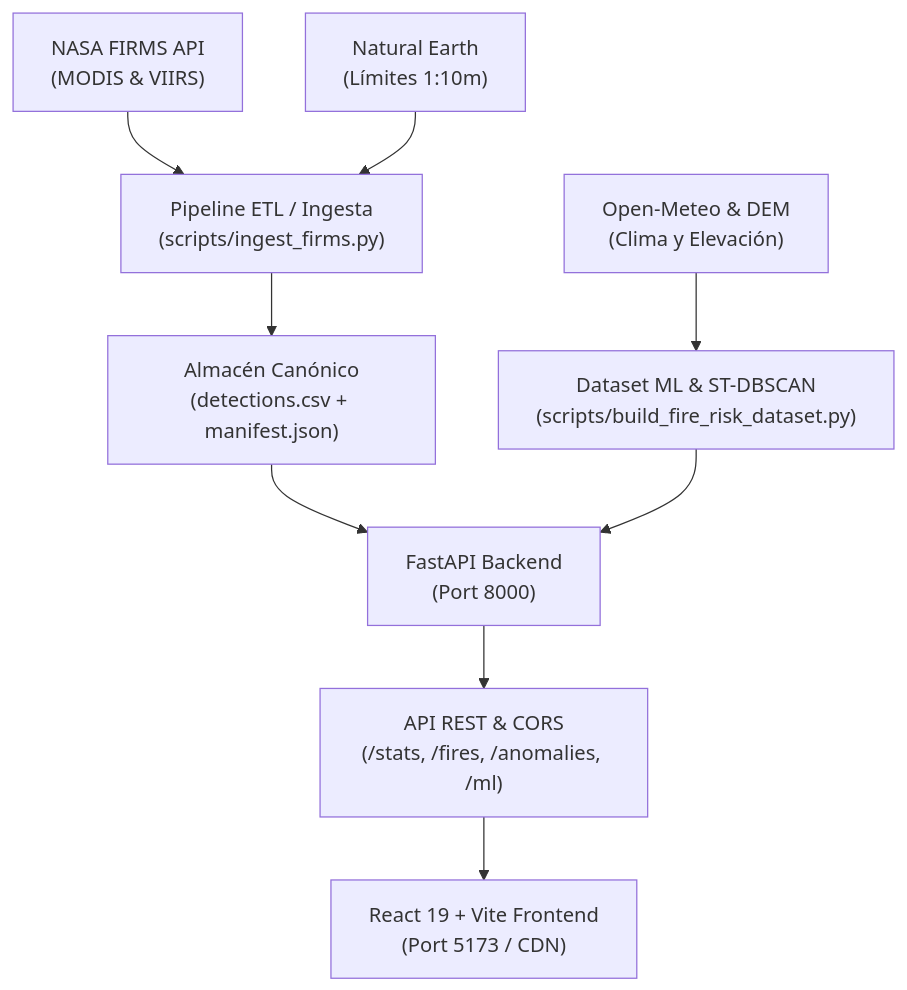
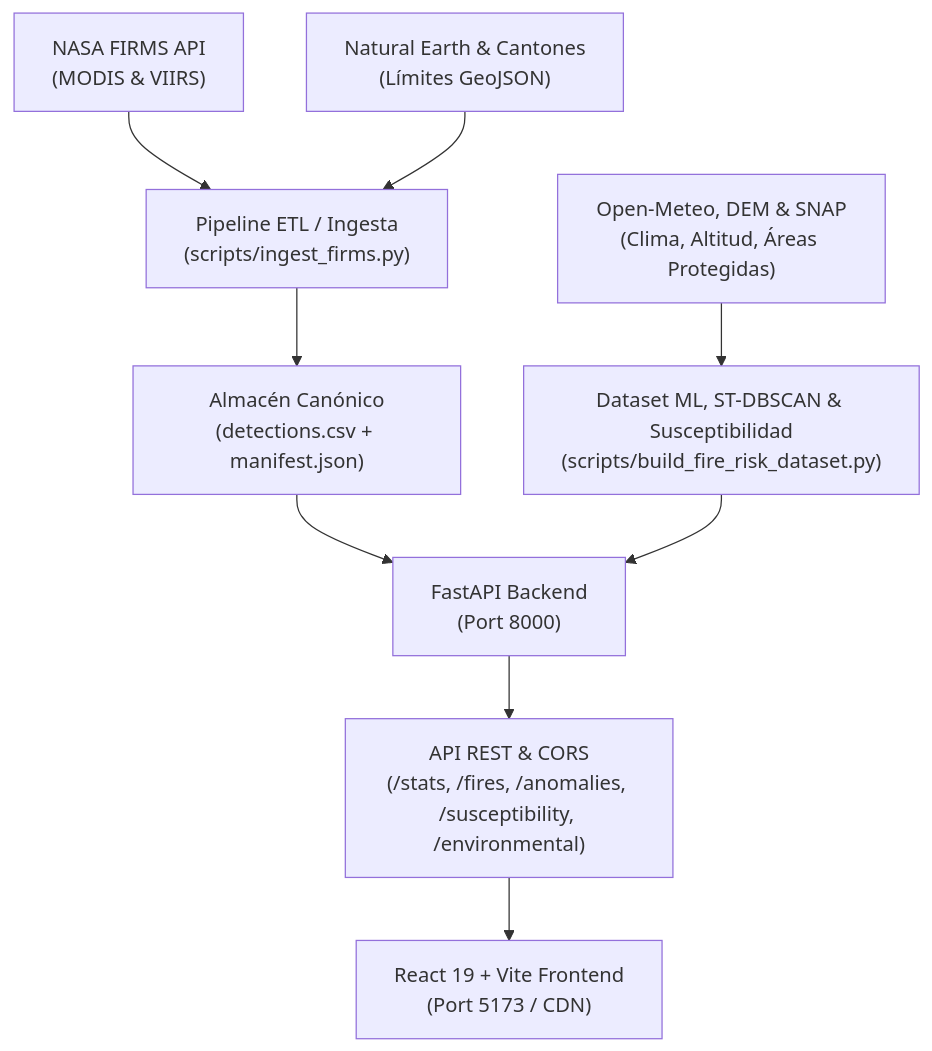
The diagram in README.md (Jdquimbiulco/FuegoClaro), drawn with Mermaid before and after one commit. The commit also changed other lines of this file, not shown here.

Commit message:
docs: update features with cantonal filtering, environmental alerts and release badge

````diff
--- a/README.md
+++ b/README.md
@@ -82,11 +85,11 @@
 ```mermaid
 flowchart TD
     A["NASA FIRMS API\n(MODIS & VIIRS)"] --> B["Pipeline ETL / Ingesta\n(scripts/ingest_firms.py)"]
-    C["Natural Earth\n(Límites 1:10m)"] --> B
-    D["Open-Meteo & DEM\n(Clima y Elevación)"] --> E["Dataset ML & ST-DBSCAN\n(scripts/build_fire_risk_dataset.py)"]
+    C["Natural Earth & Cantones\n(Límites GeoJSON)"] --> B
+    D["Open-Meteo, DEM & SNAP\n(Clima, Altitud, Áreas Protegidas)"] --> E["Dataset ML, ST-DBSCAN & Susceptibilidad\n(scripts/build_fire_risk_dataset.py)"]
     B --> F["Almacén Canónico\n(detections.csv + manifest.json)"]
     F --> G["FastAPI Backend\n(Port 8000)"]
     E --> G
-    G --> H["API REST & CORS\n(/stats, /fires, /anomalies, /ml)"]
+    G --> H["API REST & CORS\n(/stats, /fires, /anomalies, /susceptibility, /environmental)"]
     H --> I["React 19 + Vite Frontend\n(Port 5173 / CDN)"]
 ```
````
